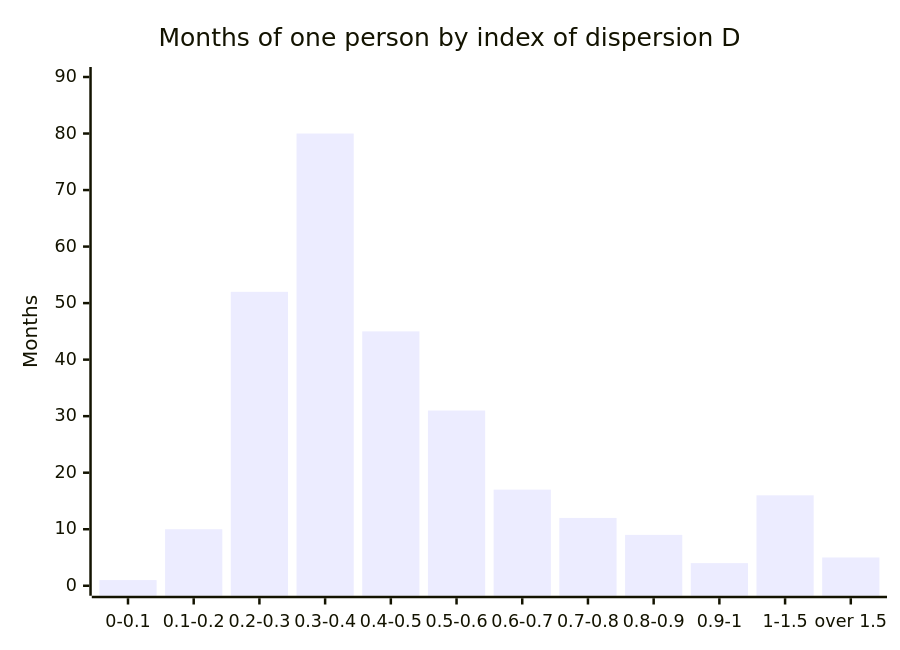
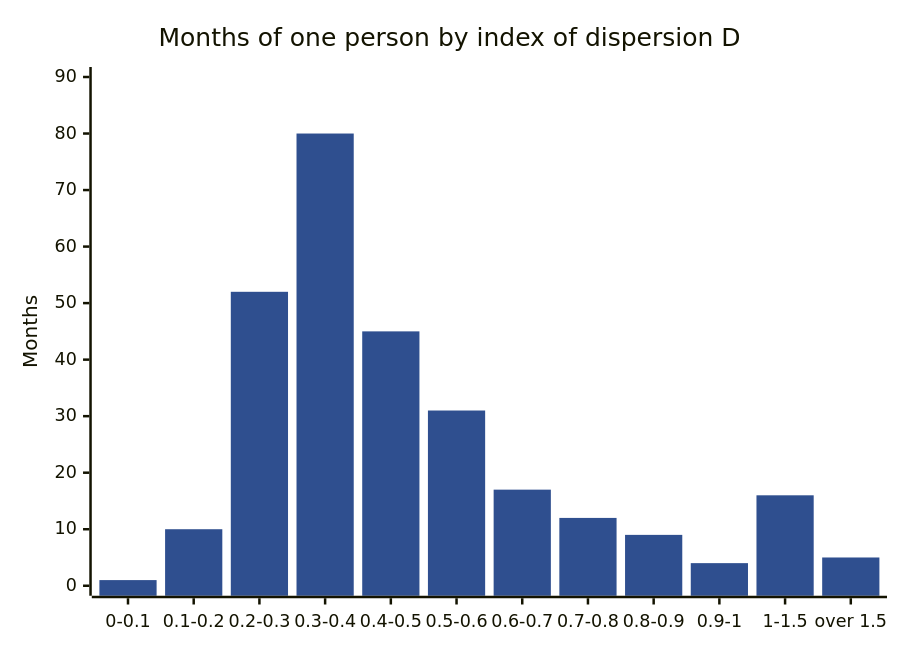
The first of 2 diagrams in docs/research/regularity_index.md (francescoperrino/Caccometro), drawn with Mermaid before and after one commit. The commit also changed other lines of this file and 14 other files, not shown here.

Commit message:
Give every Mermaid diagram one style from tools/mermaid_style.py, with a title and a description (#204)

````diff
--- a/docs/research/regularity_index.md
+++ b/docs/research/regularity_index.md
@@ -38,7 +38,38 @@
 ```mermaid
+---
+config:
+  theme: base
+  themeVariables:
+    fontFamily: "Nunito, Segoe UI, Roboto, sans-serif"
+    primaryColor: "#fffaf3"
+    primaryTextColor: "#3b2a1e"
+    primaryBorderColor: "#eadccb"
+    secondaryColor: "#f7ecdc"
+    tertiaryColor: "#f3e4d0"
+    lineColor: "#7a6a5c"
+    textColor: "#3b2a1e"
+    edgeLabelBackground: "#fffaf3"
+    clusterBkg: "#f3e4d0"
+    clusterBorder: "#cbbca9"
+    titleColor: "#5c4f42"
+    noteBkgColor: "#f7ecdc"
+    noteTextColor: "#3b2a1e"
+    actorBkg: "#fffaf3"
+    actorBorder: "#5c4f42"
+    actorTextColor: "#3b2a1e"
+    signalColor: "#7a6a5c"
+    signalTextColor: "#3b2a1e"
+    labelBoxBkgColor: "#f3e4d0"
+    loopTextColor: "#3b2a1e"
+    sequenceNumberColor: "#fffaf3"
+    xyChart:
+      plotColorPalette: "#2f4f8f"
+---
 xychart-beta
+    accTitle: Months by index of dispersion
+    accDescr: How many months of the real groups fall in each band of the index of dispersion
     title "Months of one person by index of dispersion D"
     x-axis ["0-0.1", "0.1-0.2", "0.2-0.3", "0.3-0.4", "0.4-0.5", "0.5-0.6", "0.6-0.7", "0.7-0.8", "0.8-0.9", "0.9-1", "1-1.5", "over 1.5"]
     y-axis "Months" 0 --> 90
     bar [1, 10, 52, 80, 45, 31, 17, 12, 9, 4, 16, 5]
 ```
````
